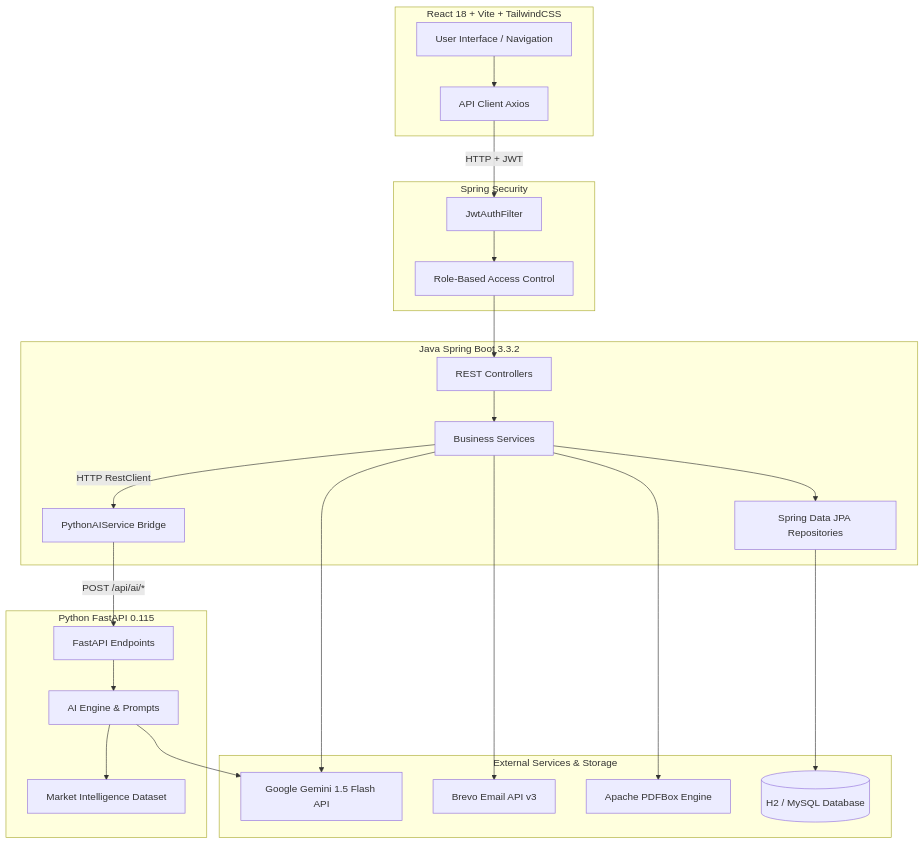
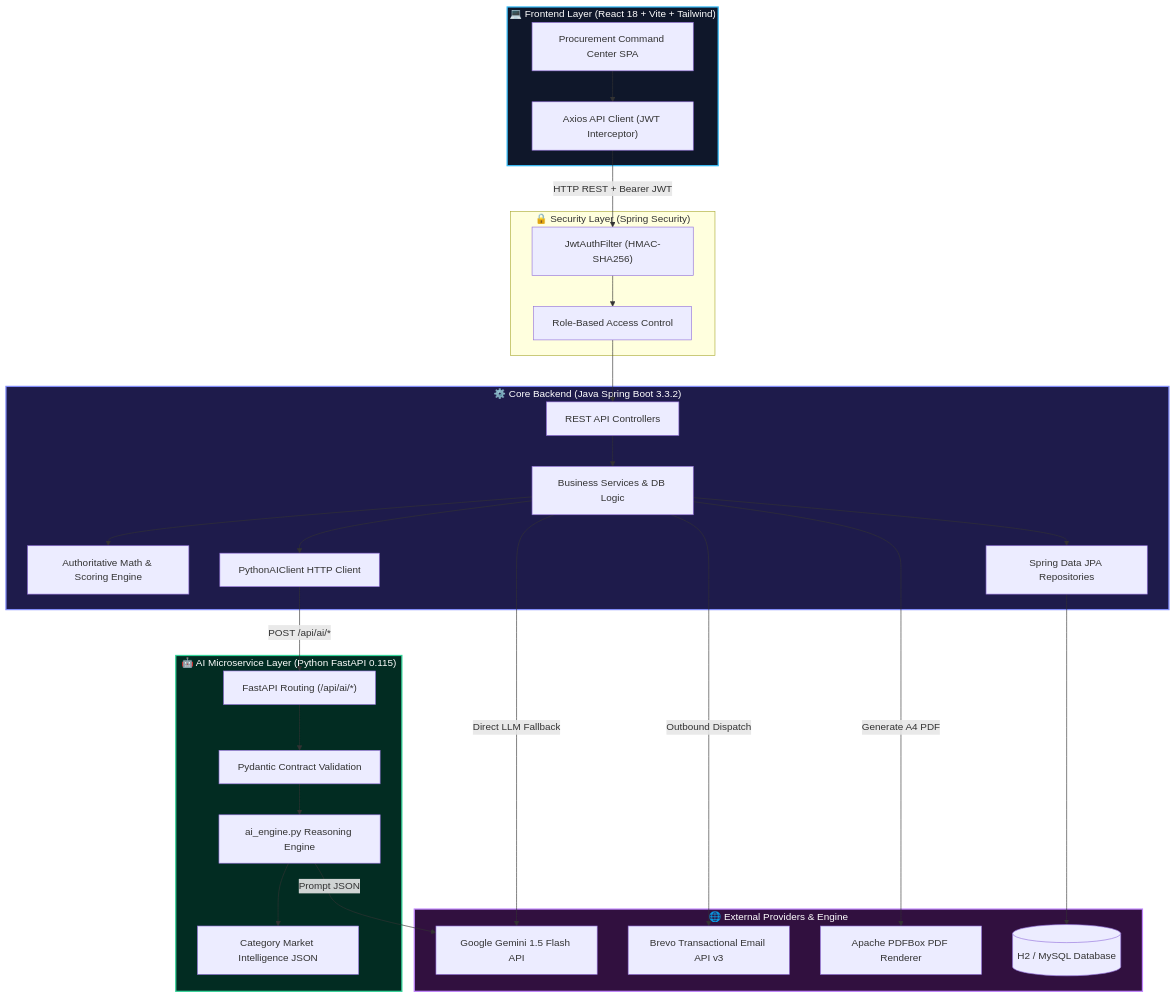
The third of 5 diagrams in README.md (VishalRajExe/ProcureAI), drawn with Mermaid before and after one commit. The commit also changed other lines of this file, not shown here.

Commit message:
Redesign README Mermaid diagrams to highlight AI Microservice and Multi-Agent pipeline

````diff
--- a/README.md
+++ b/README.md
@@ -146,48 +148,57 @@
 ```mermaid
 graph TD
-    subgraph Frontend Layer [React 18 + Vite + TailwindCSS]
-        UI[User Interface / Navigation]
-        API_CLIENT[API Client Axios]
+    subgraph Client_Layer ["💻 Frontend Layer (React 18 + Vite + Tailwind)"]
+        UI["Procurement Command Center SPA"]
+        API_CLIENT["Axios API Client (JWT Interceptor)"]
     end
 
-    subgraph Security Layer [Spring Security]
-        JWT[JwtAuthFilter]
-        RBAC[Role-Based Access Control]
+    subgraph Security_Layer ["🔒 Security Layer (Spring Security)"]
+        JWT["JwtAuthFilter (HMAC-SHA256)"]
+        RBAC["Role-Based Access Control"]
     end
 
-    subgraph Core Backend [Java Spring Boot 3.3.2]
-        CTRL[REST Controllers]
-        SERV[Business Services]
-        PY_BRIDGE[PythonAIService Bridge]
-        REPO[Spring Data JPA Repositories]
+    subgraph Backend_Core ["⚙️ Core Backend (Java Spring Boot 3.3.2)"]
+        CTRL["REST API Controllers"]
+        SERV["Business Services & DB Logic"]
+        CALC["Authoritative Math & Scoring Engine"]
+        PY_CLIENT["PythonAIClient HTTP Client"]
+        REPO["Spring Data JPA Repositories"]
     end
 
-    subgraph AI Microservice Layer [Python FastAPI 0.115]
-        FASTAPI[FastAPI Endpoints]
-        AI_ENGINE[AI Engine & Prompts]
-        MKT_INTEL[Market Intelligence Dataset]
+    subgraph AI_Microservice ["🤖 AI Microservice Layer (Python FastAPI 0.115)"]
+        FASTAPI["FastAPI Routing (/api/ai/*)"]
+        AI_ENGINE["ai_engine.py Reasoning Engine"]
+        MKT_DATA["Category Market Intelligence JSON"]
+        SCHEMAS["Pydantic Contract Validation"]
     end
 
-    subgraph External Services & Storage
-        GEMINI[Google Gemini 1.5 Flash API]
-        BREVO[Brevo Email API v3]
-        PDFBOX[Apache PDFBox Engine]
-        DB[(H2 / MySQL Database)]
+    subgraph External_Providers ["🌐 External Providers & Engine"]
+        GEMINI["Google Gemini 1.5 Flash API"]
+        BREVO["Brevo Transactional Email API v3"]
+        PDFBOX["Apache PDFBox PDF Renderer"]
+        DB[("H2 / MySQL Database")]
     end
 
     UI --> API_CLIENT
-    API_CLIENT -->|HTTP + JWT| JWT
+    API_CLIENT -->|HTTP REST + Bearer JWT| JWT
     JWT --> RBAC
     RBAC --> CTRL
     CTRL --> SERV
+    SERV --> CALC
     SERV --> REPO
     REPO --> DB
-    SERV -->|HTTP RestClient| PY_BRIDGE
-    PY_BRIDGE -->|POST /api/ai/*| FASTAPI
-    FASTAPI --> AI_ENGINE
-    AI_ENGINE --> MKT_INTEL
-    AI_ENGINE --> GEMINI
-    SERV --> GEMINI
-    SERV --> BREVO
-    SERV --> PDFBOX
+    SERV --> PY_CLIENT
+    PY_CLIENT -->|POST /api/ai/*| FASTAPI
+    FASTAPI --> SCHEMAS
+    SCHEMAS --> AI_ENGINE
+    AI_ENGINE --> MKT_DATA
+    AI_ENGINE -->|Prompt JSON| GEMINI
+    SERV -->|Direct LLM Fallback| GEMINI
+    SERV -->|Outbound Dispatch| BREVO
+    SERV -->|Generate A4 PDF| PDFBOX
+
+    style Client_Layer fill:#0f172a,stroke:#38bdf8,stroke-width:2px,color:#fff
+    style Backend_Core fill:#1e1b4b,stroke:#818cf8,stroke-width:2px,color:#fff
+    style AI_Microservice fill:#022c22,stroke:#34d399,stroke-width:2px,color:#fff
+    style External_Providers fill:#31103f,stroke:#c084fc,stroke-width:2px,color:#fff
 ```
````
